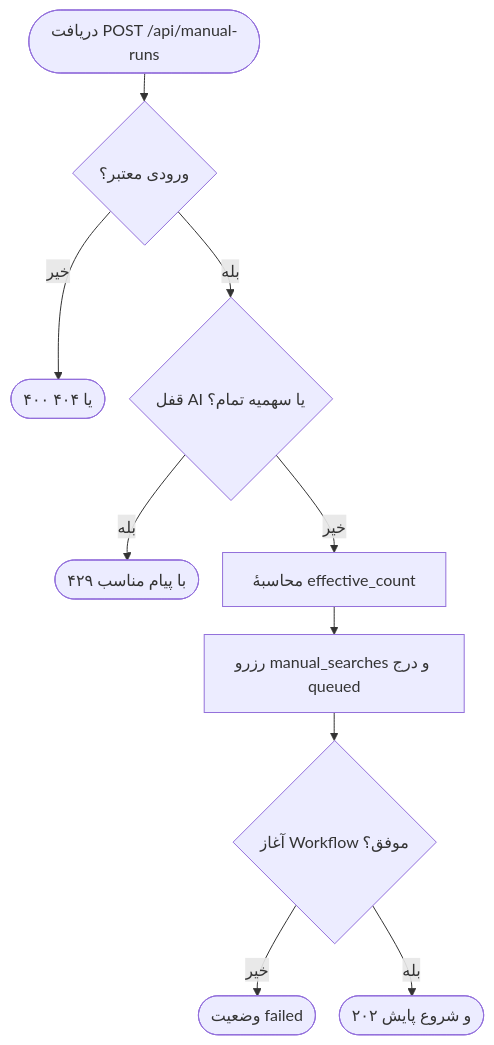
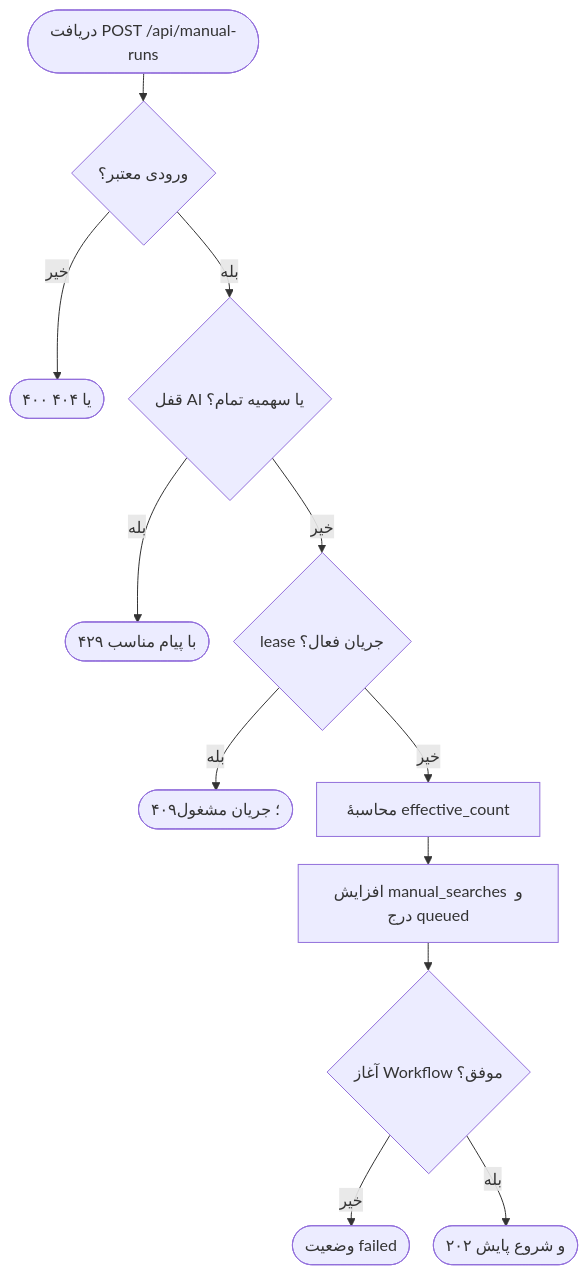
Before and after one commit to f4r6d/divar-housing-finder: the eighth of 16 diagrams in OOAD_MANUAL_FETCH_FA.md, drawn with Mermaid. The commit also changed other lines of this file and 3 other files, not shown here.

````diff
--- a/OOAD_MANUAL_FETCH_FA.md
+++ b/OOAD_MANUAL_FETCH_FA.md
@@ -835,13 +854,15 @@
 ```mermaid
 %%{init: {'flowchart': {'nodeSpacing': 24, 'rankSpacing': 28}}}%%
 flowchart TD
   A([دریافت POST /api/manual-runs]) --> B{ورودی معتبر؟}
   B -- خیر --> B1([۴۰۰ یا ۴۰۴])
   B -- بله --> C{قفل AI یا سهمیه تمام؟}
   C -- بله --> C1([۴۲۹ با پیام مناسب])
-  C -- خیر --> D[محاسبهٔ effective_count]
-  D --> E[رزرو manual_searches و درج queued]
+  C -- خیر --> C2{lease جریان فعال؟}
+  C2 -- بله --> C3([۴۰۹؛ جریان مشغول])
+  C2 -- خیر --> D[محاسبهٔ effective_count]
+  D --> E[افزایش manual_searches و درج queued]
   E --> F{آغاز Workflow موفق؟}
   F -- خیر --> F1([وضعیت failed])
   F -- بله --> G([۲۰۲ و شروع پایش])
 ```
````
